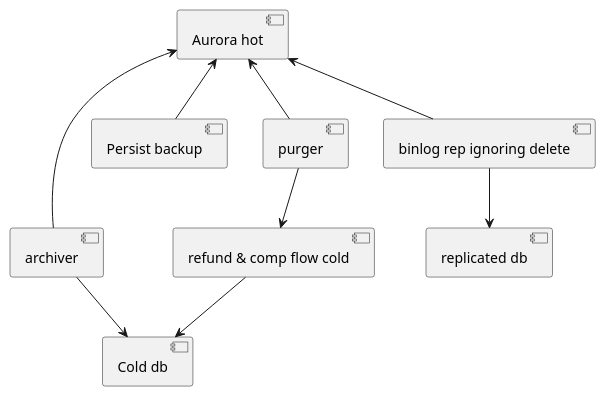
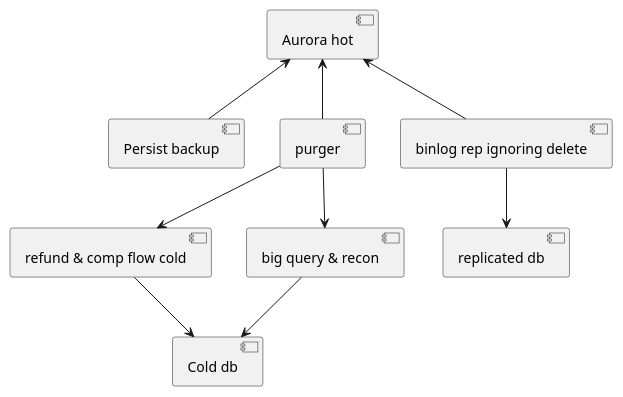
One commit to george24601/notes changed the second of 5 diagrams in mgmt/plan.plantuml. Above: the diagram before and after it, drawn with PlantUML. The commit also changed other lines of this file and 10 other files, not shown here.

```diff
--- a/mgmt/plan.plantuml
+++ b/mgmt/plan.plantuml
@@ -14,18 +14,19 @@
 @startuml
-[Aurora hot] <-- [archiver]
+[Aurora hot] 
 
 [Aurora hot] <-- [Persist backup]
-
-[archiver] --> [Cold db]
 
 [purger] --> [refund & comp flow cold] 
 
 [refund & comp flow cold] --> [Cold db]  
+
+[purger] --> [big query & recon] 
+[big query & recon] --> [Cold db]  
 
 [Aurora hot] <-- [purger] 
 
 [Aurora hot] <-- [binlog rep ignoring delete] 
 
 [binlog rep ignoring delete] --> [replicated db]
 
 @enduml
```
